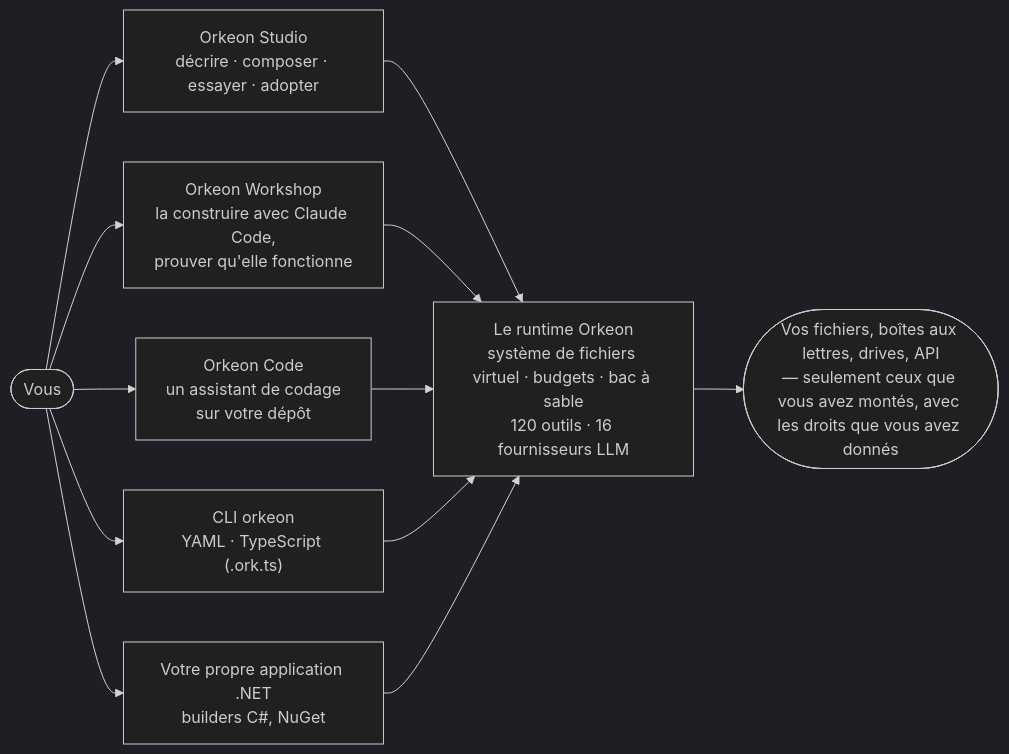
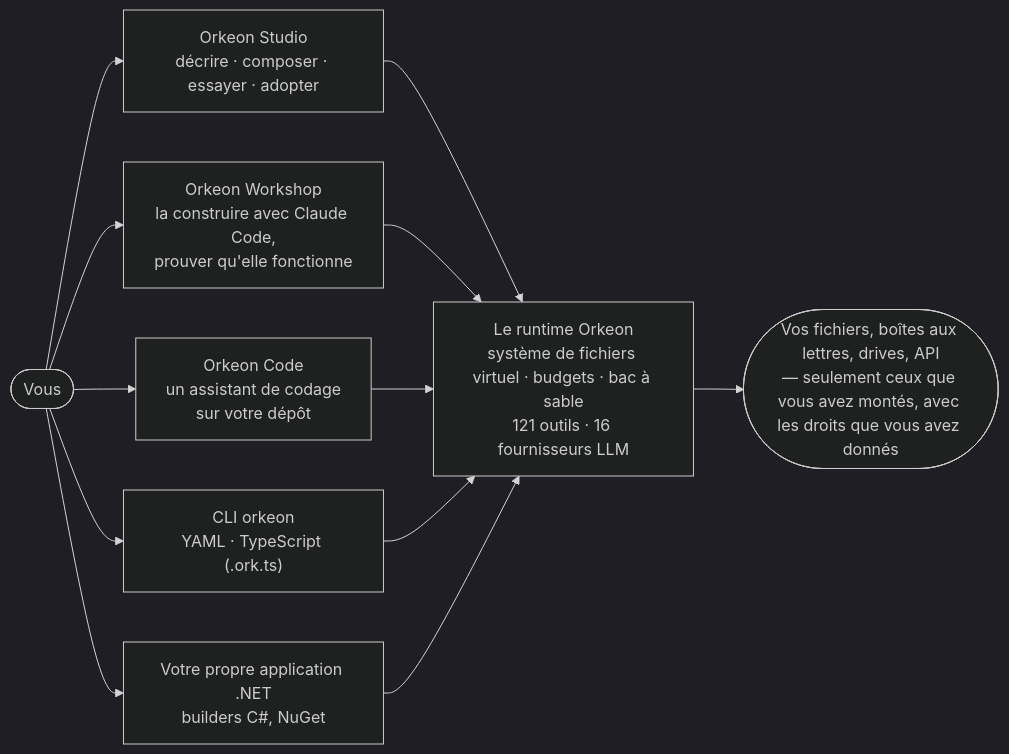
The diagram in README.fr.md (Orkeon/orkeon), drawn with Mermaid (dark theme) before and after one commit. The commit also changed other lines of this file and 158 other files, not shown here.

````diff
--- a/README.fr.md
+++ b/README.fr.md
@@ -30,10 +30,10 @@
 ```mermaid
 flowchart LR
     you(["Vous"]) --> studio["Orkeon Studio<br/>décrire · composer · essayer · adopter"]
     you --> workshop["Orkeon Workshop<br/>la construire avec Claude Code,<br/>prouver qu'elle fonctionne"]
     you --> code["Orkeon Code<br/>un assistant de codage<br/>sur votre dépôt"]
     you --> cli["CLI orkeon<br/>YAML · TypeScript (.ork.ts)"]
     you --> app["Votre propre application .NET<br/>builders C#, NuGet"]
-    studio & workshop & code & cli & app --> runtime["Le runtime Orkeon<br/>système de fichiers virtuel · budgets · bac à sable<br/>120 outils · 16 fournisseurs LLM"]
+    studio & workshop & code & cli & app --> runtime["Le runtime Orkeon<br/>système de fichiers virtuel · budgets · bac à sable<br/>121 outils · 16 fournisseurs LLM"]
     runtime --> world(["Vos fichiers, boîtes aux lettres, drives, API<br/>— seulement ceux que vous avez montés, avec les droits que vous avez donnés"])
 ```
````
